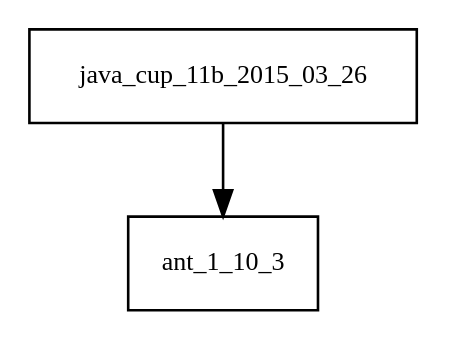
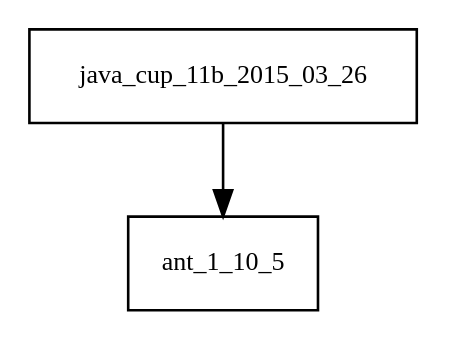
Before and after one commit to sjvs/cia: the diagram in tattleTaleReport/graphviz/java-cup-11b-2015.03.26.jar/java-cup-11b-2015.03.26.jar.dot, drawn with Graphviz. The commit also changed 2737 other files, not shown here.

```diff
--- a/tattleTaleReport/graphviz/java-cup-11b-2015.03.26.jar/java-cup-11b-2015.03.26.jar.dot
+++ b/tattleTaleReport/graphviz/java-cup-11b-2015.03.26.jar/java-cup-11b-2015.03.26.jar.dot
@@ -1,4 +1,4 @@
 digraph java_cup_11b_2015_03_26_dependencies {
   node [shape = box, fontsize=10.0];
-  java_cup_11b_2015_03_26 -> ant_1_10_3;
+  java_cup_11b_2015_03_26 -> ant_1_10_5;
 }
```
